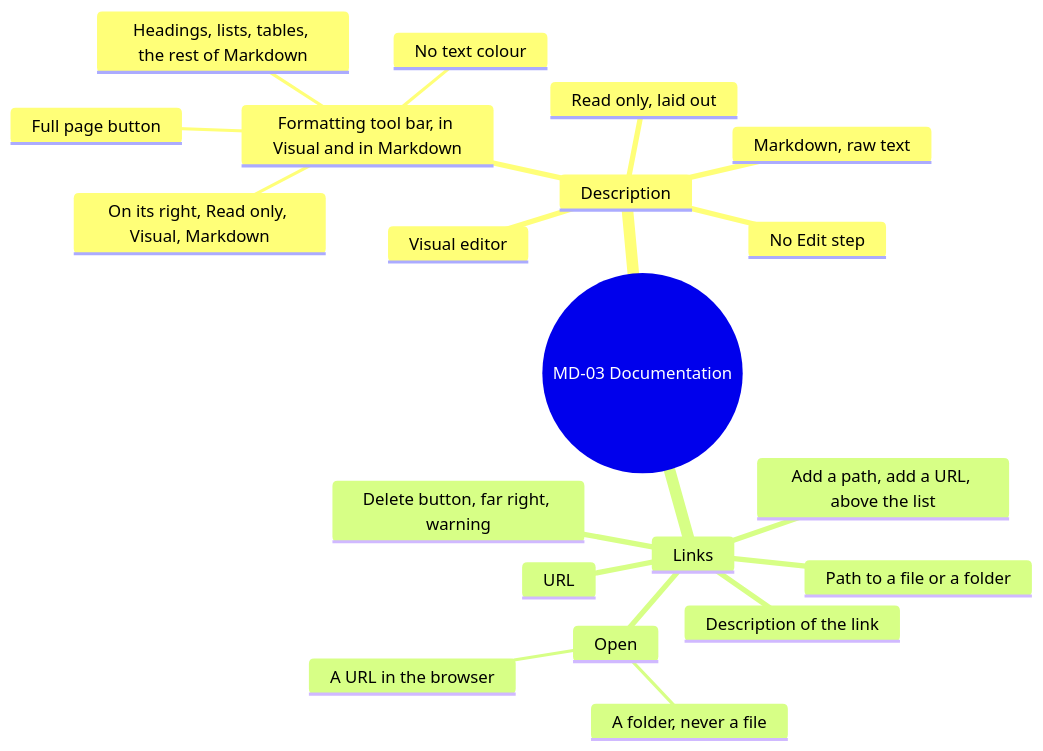
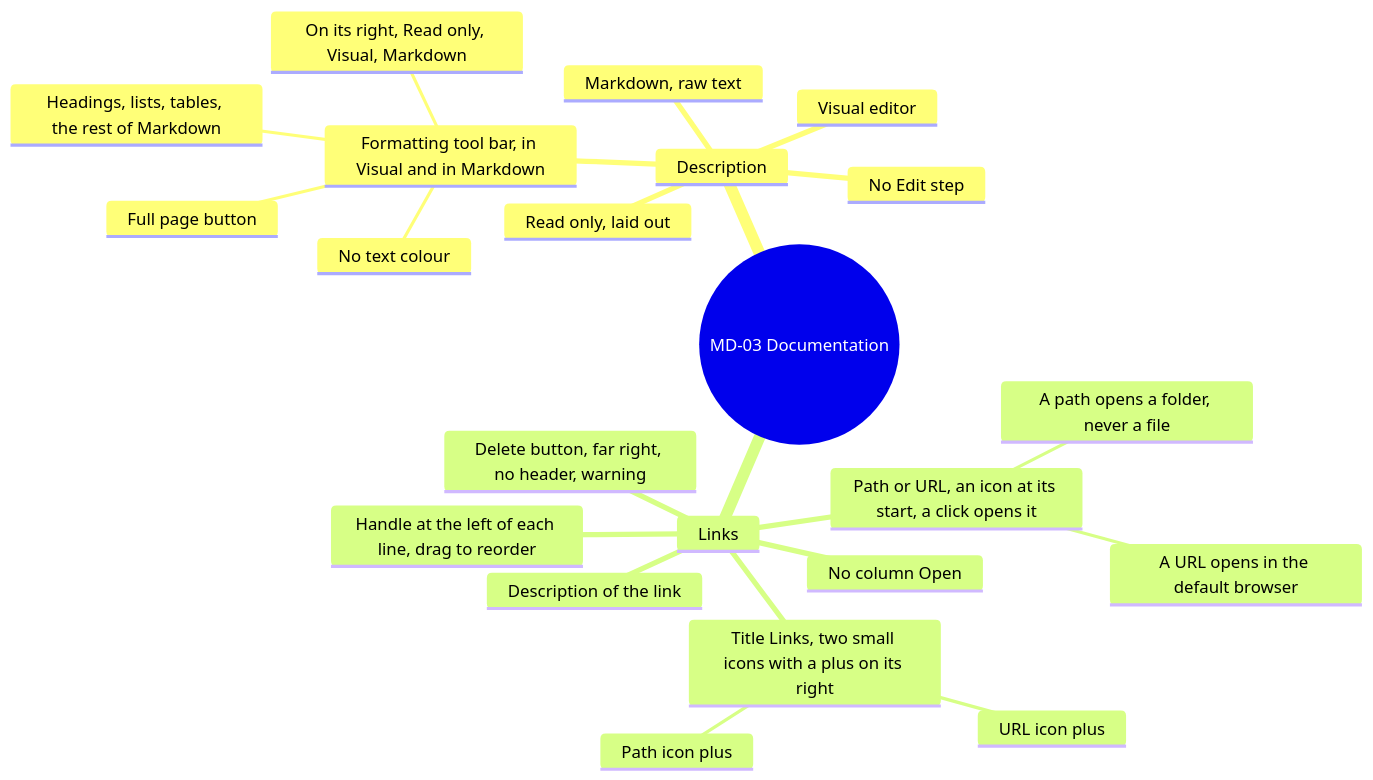
The fourth of 15 diagrams in screens/metadata.md (AlexandreGallais/synoptic-studio-spec), drawn with Mermaid before and after one commit. The commit also changed other lines of this file and 12 other files, not shown here.

````diff
--- a/screens/metadata.md
+++ b/screens/metadata.md
@@ -127,23 +126,25 @@
 ```mermaid
 mindmap
   root((MD-03 Documentation))
     Description
       No Edit step
       Formatting tool bar, in Visual and in Markdown
         Headings, lists, tables, the rest of Markdown
         No text colour
         On its right, Read only, Visual, Markdown
         Full page button
       Read only, laid out
       Visual editor
       Markdown, raw text
     Links
-      Add a path, add a URL, above the list
-      Path to a file or a folder
-      URL
+      Title Links, two small icons with a plus on its right
+        Path icon plus
+        URL icon plus
+      Handle at the left of each line, drag to reorder
+      Path or URL, an icon at its start, a click opens it
+        A path opens a folder, never a file
+        A URL opens in the default browser
       Description of the link
-      Open
-        A folder, never a file
-        A URL in the browser
-      Delete button, far right, warning
+      No column Open
+      Delete button, far right, no header, warning
 ```
````
